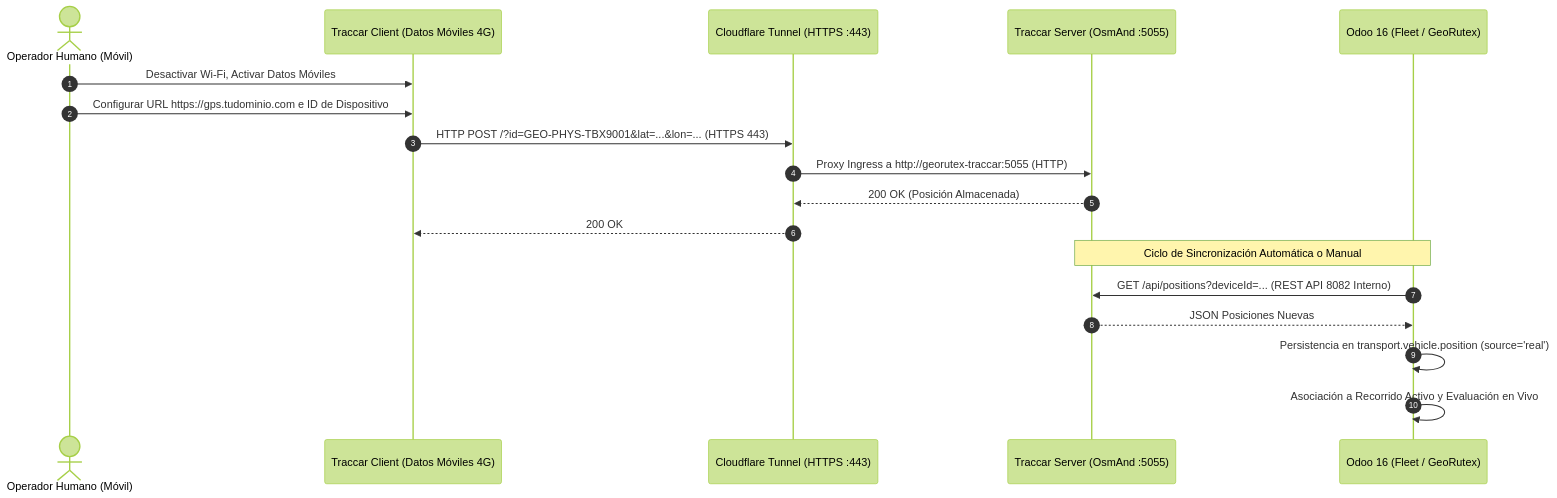
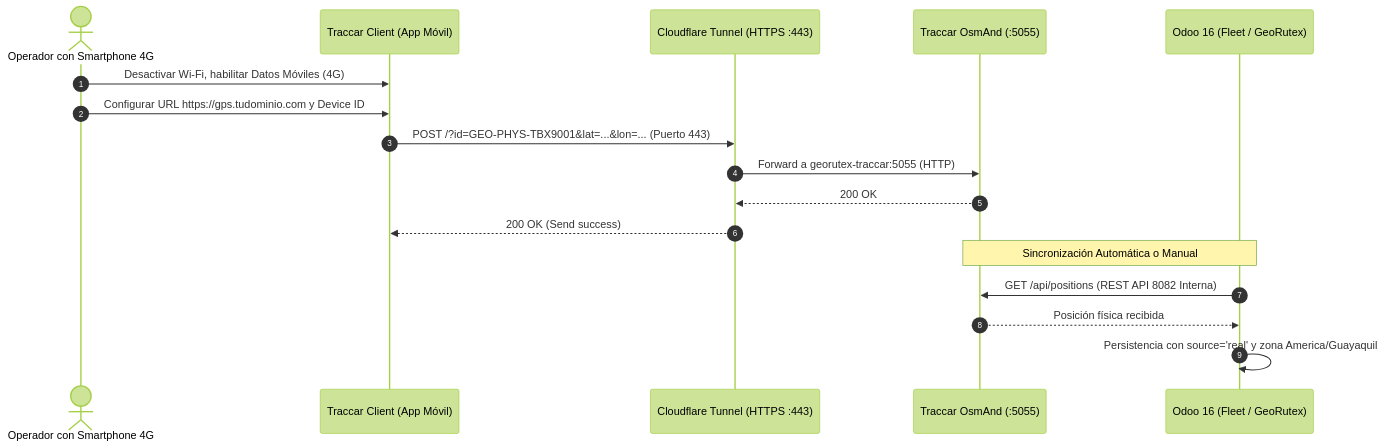
Before and after one commit to Andriu-Dex/georutex: the diagram in docs/reports/2026-11-01-09-final-academic-validation-and-defense-closure.md, drawn with Mermaid (forest theme). The commit also changed other lines of this file and 6 other files, not shown here.

````diff
--- a/docs/reports/2026-11-01-09-final-academic-validation-and-defense-closure.md
+++ b/docs/reports/2026-11-01-09-final-academic-validation-and-defense-closure.md
@@ -170,21 +174,20 @@
 ```mermaid
 sequenceDiagram
   autonumber
-  actor Human as Operador Humano (Móvil)
-  participant Client as Traccar Client (Datos Móviles 4G)
-  participant Cloudflare as Cloudflare Tunnel (HTTPS :443)
-  participant Traccar as Traccar Server (OsmAnd :5055)
+  actor Operador as Operador con Smartphone 4G
+  participant Client as Traccar Client (App Móvil)
+  participant Tunnel as Cloudflare Tunnel (HTTPS :443)
+  participant Ingest as Traccar OsmAnd (:5055)
   participant Odoo as Odoo 16 (Fleet / GeoRutex)
 
-  Human->>Client: Desactivar Wi-Fi, Activar Datos Móviles
-  Human->>Client: Configurar URL https://gps.tudominio.com e ID de Dispositivo
-  Client->>Cloudflare: HTTP POST /?id=GEO-PHYS-TBX9001&lat=...&lon=... (HTTPS 443)
-  Cloudflare->>Traccar: Proxy Ingress a http://georutex-traccar:5055 (HTTP)
-  Traccar-->>Cloudflare: 200 OK (Posición Almacenada)
-  Cloudflare-->>Client: 200 OK
-  Note over Traccar,Odoo: Ciclo de Sincronización Automática o Manual
-  Odoo->>Traccar: GET /api/positions?deviceId=... (REST API 8082 Interno)
-  Traccar-->>Odoo: JSON Posiciones Nuevas
-  Odoo->>Odoo: Persistencia en transport.vehicle.position (source='real')
-  Odoo->>Odoo: Asociación a Recorrido Activo y Evaluación en Vivo
+  Operador->>Client: Desactivar Wi-Fi, habilitar Datos Móviles (4G)
+  Operador->>Client: Configurar URL https://gps.tudominio.com y Device ID
+  Client->>Tunnel: POST /?id=GEO-PHYS-TBX9001&lat=...&lon=... (Puerto 443)
+  Tunnel->>Ingest: Forward a georutex-traccar:5055 (HTTP)
+  Ingest-->>Tunnel: 200 OK
+  Tunnel-->>Client: 200 OK (Send success)
+  Note over Ingest,Odoo: Sincronización Automática o Manual
+  Odoo->>Ingest: GET /api/positions (REST API 8082 Interna)
+  Ingest-->>Odoo: Posición física recibida
+  Odoo->>Odoo: Persistencia con source='real' y zona America/Guayaquil
 ```
````
